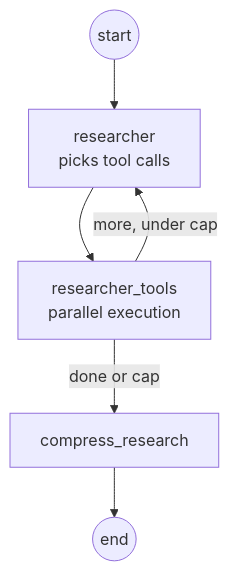
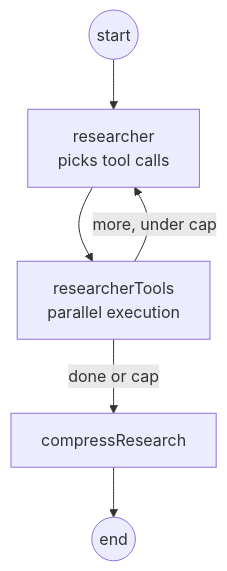
One commit to adi790uu/Research-Copilot changed the fifth of 5 diagrams in docs/architecture.md. Above: the diagram before and after it, drawn with Mermaid. The commit also changed other lines of this file and 47 other files, not shown here.

Commit message:
feat: flow and schema hanges

````diff
--- a/docs/architecture.md
+++ b/docs/architecture.md
@@ -176,8 +189,8 @@
 ```mermaid
 flowchart TD
   START((start)) --> RE[researcher<br/>picks tool calls]
-  RE --> RT[researcher_tools<br/>parallel execution]
+  RE --> RT[researcherTools<br/>parallel execution]
   RT -->|more, under cap| RE
-  RT -->|done or cap| CR[compress_research]
+  RT -->|done or cap| CR[compressResearch]
   CR --> E((end))
 ```
````
